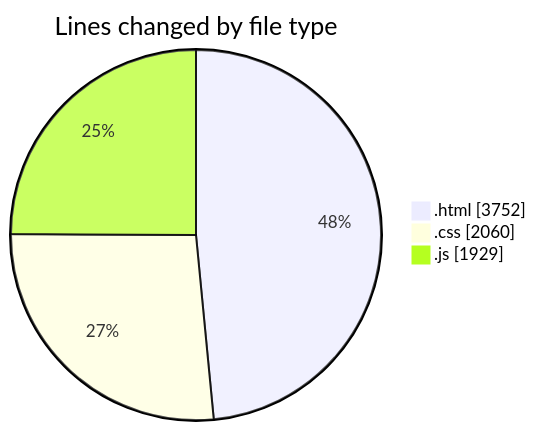
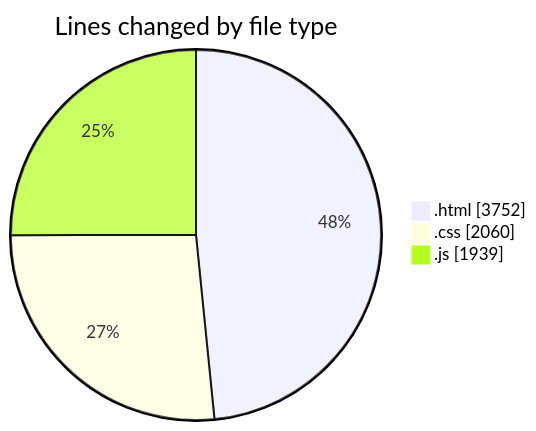
The first of 2 diagrams in 2025-05-24/projects/README.md (Ritupan-Deka/code-tracking), drawn with Mermaid before and after one commit. The commit also changed other lines of this file and 1 other file, not shown here.

````diff
--- a/2025-05-24/projects/README.md
+++ b/2025-05-24/projects/README.md
@@ -25,7 +25,7 @@
 ```mermaid
 pie showData
 title Lines changed by file type
 ".html" : 3752
 ".css" : 2060
-".js" : 1929
+".js" : 1939
 ```
````
